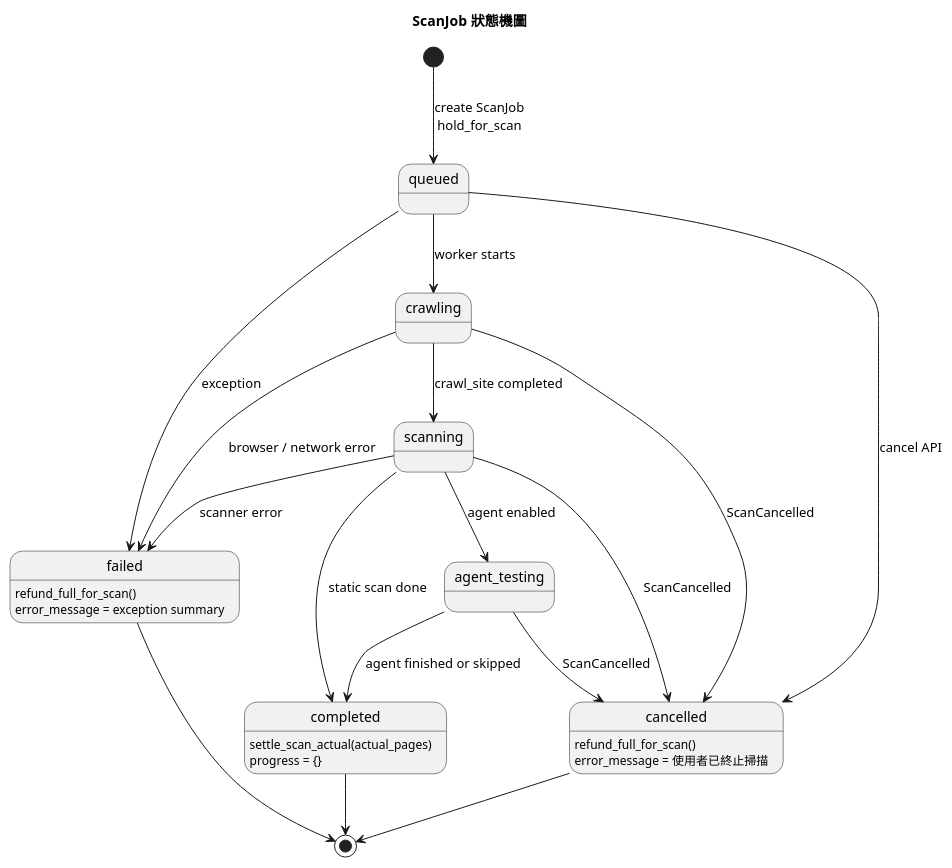
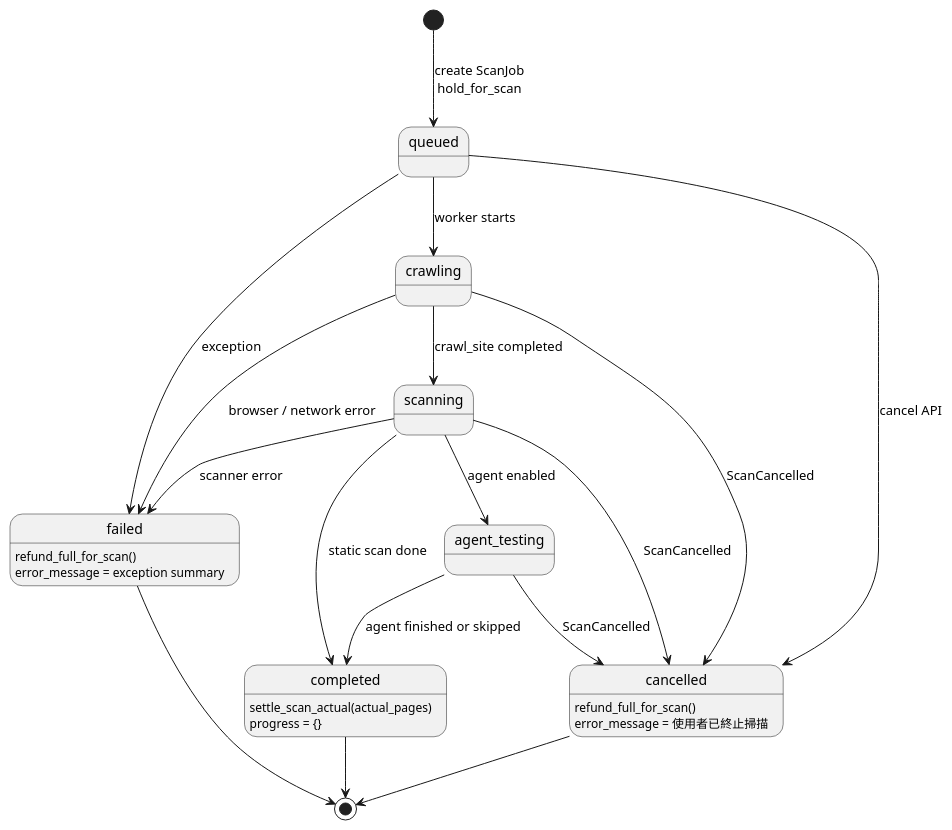
Diagram 12 of 13 in PlantUML.md (Djude1/Argus), drawn with PlantUML before and after one commit. The commit also changed other lines of this file, not shown here.

First line of the commit message:
fix: remove PlantUML title directives for compatibility

````diff
--- a/PlantUML.md
+++ b/PlantUML.md
@@ -802,34 +791,33 @@
 ```plantuml
 @startuml
-title ScanJob 狀態機圖
 skinparam defaultFontName Microsoft JhengHei
 skinparam shadowing false
 
 [*] --> queued : create ScanJob\nhold_for_scan
 queued --> crawling : worker starts
 crawling --> scanning : crawl_site completed
 scanning --> agent_testing : agent enabled
 scanning --> completed : static scan done
 agent_testing --> completed : agent finished or skipped
 
 queued --> cancelled : cancel API
 crawling --> cancelled : ScanCancelled
 scanning --> cancelled : ScanCancelled
 agent_testing --> cancelled : ScanCancelled
 
 queued --> failed : exception
 crawling --> failed : browser / network error
 scanning --> failed : scanner error
 
 completed : settle_scan_actual(actual_pages)
 completed : progress = {}
 cancelled : refund_full_for_scan()
 cancelled : error_message = 使用者已終止掃描
 failed : refund_full_for_scan()
 failed : error_message = exception summary
 
 completed --> [*]
 cancelled --> [*]
 failed --> [*]
 @enduml
 ```
````
